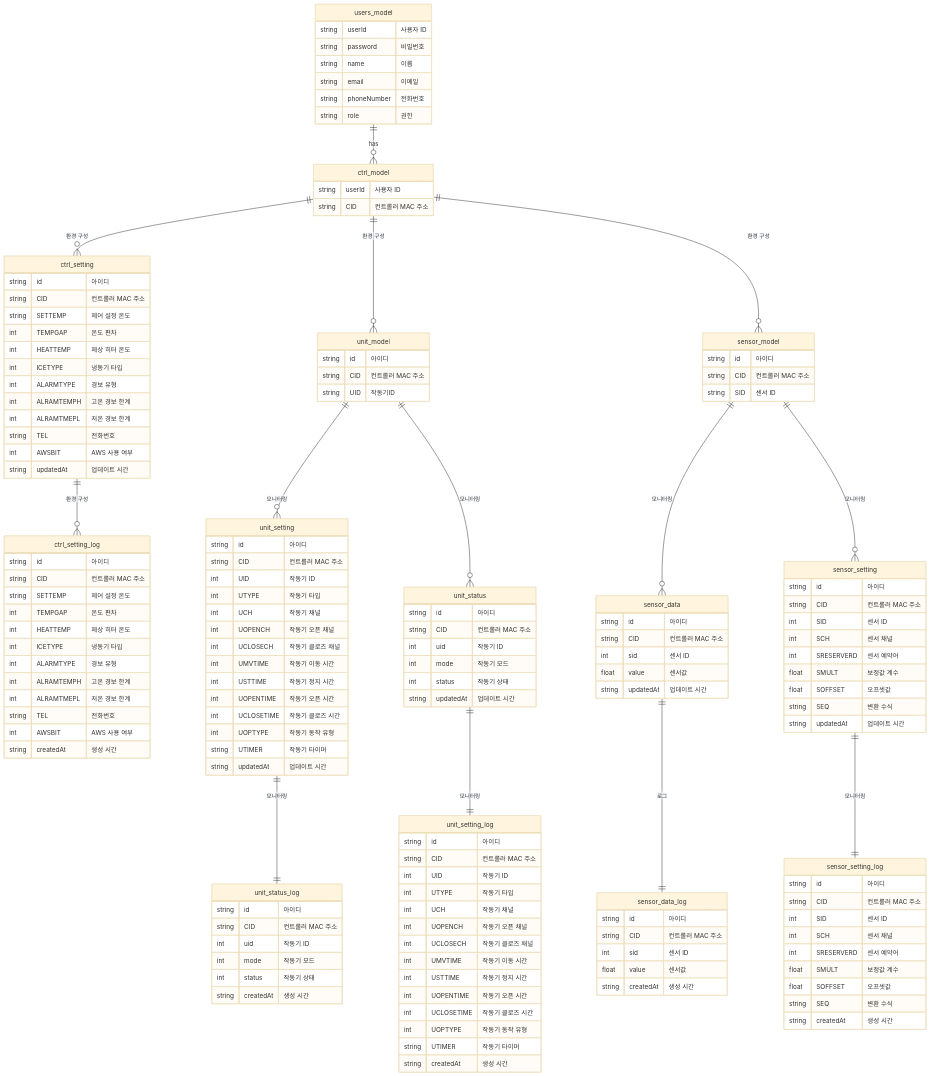
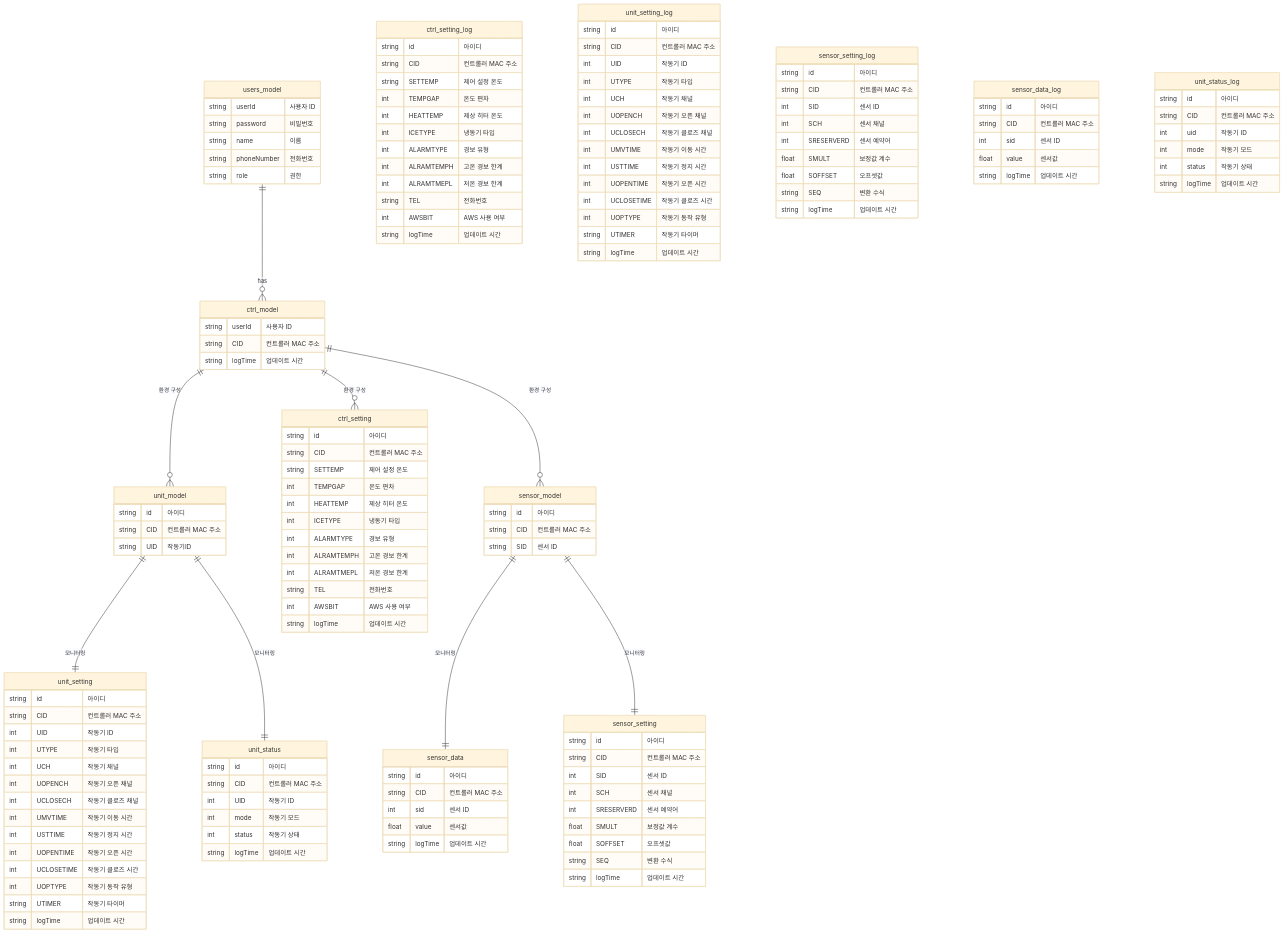
The diagram in develop_document/db_design.md (na03266/dreamfarm2_server), drawn with Mermaid (base theme) before and after one commit. The commit also changed 18 other files, not shown here.

````diff
--- a/develop_document/db_design.md
+++ b/develop_document/db_design.md
@@ -5,28 +5,23 @@
     users_model ||--o{ ctrl_model: "has"
     ctrl_model ||--o{ unit_model: "환경 구성"
     ctrl_model ||--o{ ctrl_setting: "환경 구성"
-    ctrl_setting ||--o{ ctrl_setting_log: "환경 구성"
     ctrl_model ||--o{ sensor_model: "환경 구성"
-    sensor_model ||--o{ sensor_data: "모니터링"
-    sensor_model ||--o{ sensor_setting: "모니터링"
-    sensor_data ||--|| sensor_data_log: "로그"
-    sensor_setting ||--|| sensor_setting_log: "모니터링"
-    unit_model ||--o{ unit_setting: "모니터링"
-    unit_model ||--o{ unit_status: "모니터링"
-    unit_status ||--|| unit_setting_log: "모니터링"
-    unit_setting ||--|| unit_status_log: "모니터링"
+    sensor_model ||--|| sensor_data: "모니터링"
+    sensor_model ||--|| sensor_setting: "모니터링"
+    unit_model ||--|| unit_setting: "모니터링"
+    unit_model ||--|| unit_status: "모니터링"
 
     users_model {
         string userId "사용자 ID"
         string password "비밀번호"
         string name "이름"
-        string email "이메일"
         string phoneNumber "전화번호"
         string role "권한"
     }
     ctrl_model {
         string userId "사용자 ID"
         string CID "컨트롤러 MAC 주소"
+        string logTime  "업데이트 시간"
     }
     ctrl_setting {
         string id "아이디"
@@ -40,7 +35,7 @@
         int ALRAMTMEPL "저온 경보 한계"
         string TEL "전화번호"
         int AWSBIT "AWS 사용 여부"
-        string updatedAt "업데이트 시간"
+        string logTime  "업데이트 시간"
     }
     ctrl_setting_log {
         string id "아이디"
@@ -54,7 +49,7 @@
         int ALRAMTMEPL "저온 경보 한계"
         string TEL "전화번호"
         int AWSBIT "AWS 사용 여부"
-        string createdAt "생성 시간"
+        string logTime  "업데이트 시간"
     }
     unit_model {
         string id "아이디"
@@ -75,7 +70,7 @@
         int UCLOSETIME "작동기 클로즈 시간"
         int UOPTYPE "작동기 동작 유형"
         string UTIMER "작동기 타이머"
-        string updatedAt "업데이트 시간"
+        string logTime  "업데이트 시간"
     }
     unit_setting_log {
         string id "아이디"
@@ -91,7 +86,7 @@
         int UCLOSETIME "작동기 클로즈 시간"
         int UOPTYPE "작동기 동작 유형"
         string UTIMER "작동기 타이머"
-        string createdAt "생성 시간"
+        string logTime  "업데이트 시간"
     }
     sensor_model {
         string id "아이디"
@@ -107,7 +102,7 @@
         float SMULT "보정값 계수"
         float SOFFSET "오프셋값"
         string SEQ "변환 수식"
-        string updatedAt "업데이트 시간"
+        string logTime  "업데이트 시간"
     }
     sensor_setting_log {
         string id "아이디"
@@ -118,29 +113,29 @@
         float SMULT "보정값 계수"
         float SOFFSET "오프셋값"
         string SEQ "변환 수식"
-        string createdAt "생성 시간"
+        string logTime  "업데이트 시간"
     }
     sensor_data {
         string id "아이디"
         string CID "컨트롤러 MAC 주소"
         int sid "센서 ID"
         float value "센서값"
-        string updatedAt "업데이트 시간"
+        string logTime  "업데이트 시간"
     }
     sensor_data_log {
         string id "아이디"
         string CID "컨트롤러 MAC 주소"
         int sid "센서 ID"
         float value "센서값"
-        string createdAt "생성 시간"
+        string logTime  "업데이트 시간"
     }
     unit_status {
         string id "아이디"
         string CID "컨트롤러 MAC 주소"
-        int uid "작동기 ID"
+        int UID  "작동기 ID"
         int mode "작동기 모드"
         int status "작동기 상태"
-        string updatedAt "업데이트 시간"
+        string logTime  "업데이트 시간"
     }
     unit_status_log {
         string id "아이디"
@@ -148,6 +143,6 @@
         int uid "작동기 ID"
         int mode "작동기 모드"
         int status "작동기 상태"
-        string createdAt "생성 시간"
+        string logTime  "업데이트 시간"
     }
 ```
````
